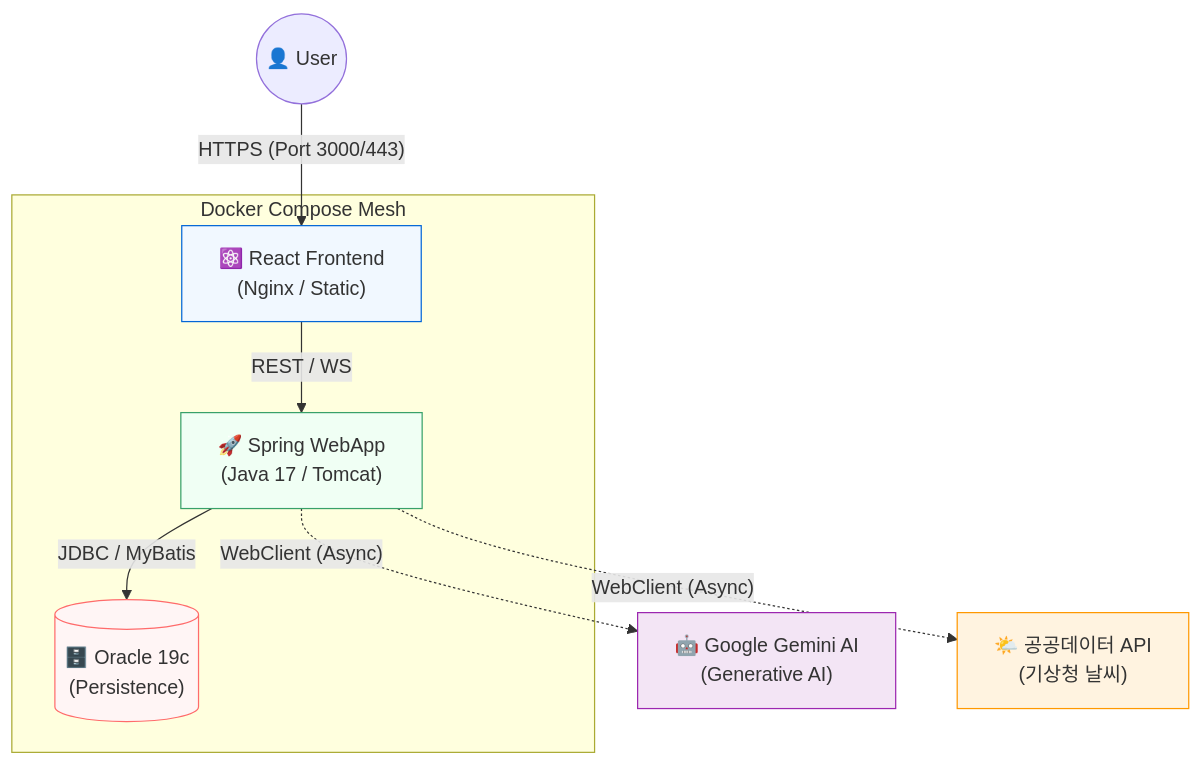
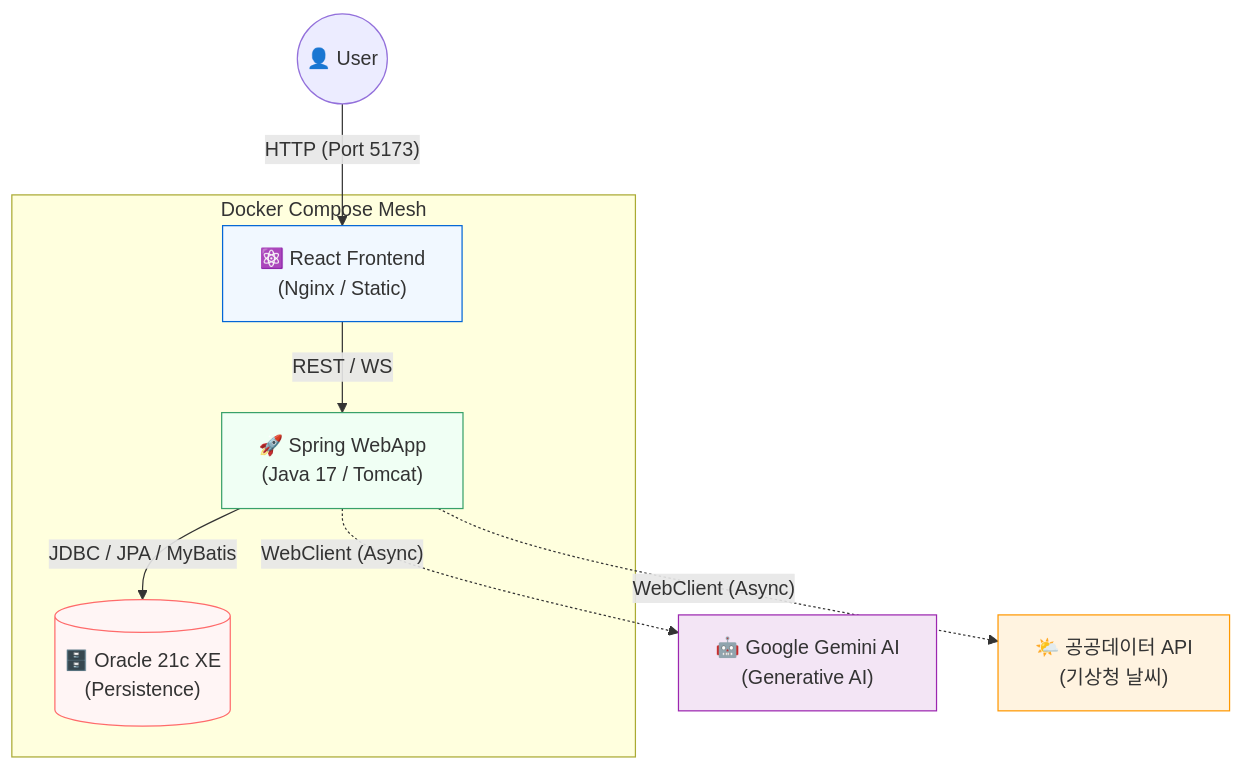
Before and after one commit to KJH-Portfolio/202602-Environmenta-Organization: the first of 2 diagrams in infrastructure_architecture.md, drawn with Mermaid. The commit also changed other lines of this file and 3 other files, not shown here.

````diff
--- a/infrastructure_architecture.md
+++ b/infrastructure_architecture.md
@@ -21,23 +21,23 @@
 ```mermaid
 graph TD
     subgraph "Docker Compose Mesh"
         FE["⚛️ React Frontend<br/>(Nginx / Static)"]
         BE["🚀 Spring WebApp<br/>(Java 17 / Tomcat)"]
-        DB[("🗄️ Oracle 19c<br/>(Persistence)")]
+        DB[("🗄️ Oracle 21c XE<br/>(Persistence)")]
     end
 
     EXTERNAL["🤖 Google Gemini AI<br/>(Generative AI)"]
     PUBLIC["🌤️ 공공데이터 API<br/>(기상청 날씨)"]
 
-    USR((👤 User)) -->|"HTTPS (Port 3000/443)"| FE
+    USR((👤 User)) -->|"HTTP (Port 5173)"| FE
     FE -->|"REST / WS"| BE
-    BE -->|"JDBC / MyBatis"| DB
+    BE -->|"JDBC / JPA / MyBatis"| DB
     BE -.->|"WebClient (Async)"| EXTERNAL
     BE -.->|"WebClient (Async)"| PUBLIC
 
     style FE fill:#f1f8ff,stroke:#0366d6
     style BE fill:#f0fff4,stroke:#38a169
     style DB fill:#fff5f5,stroke:#ff6b6b
     style EXTERNAL fill:#f3e5f5,stroke:#9c27b0
     style PUBLIC fill:#fff3e0,stroke:#ff9800
 ```
````
